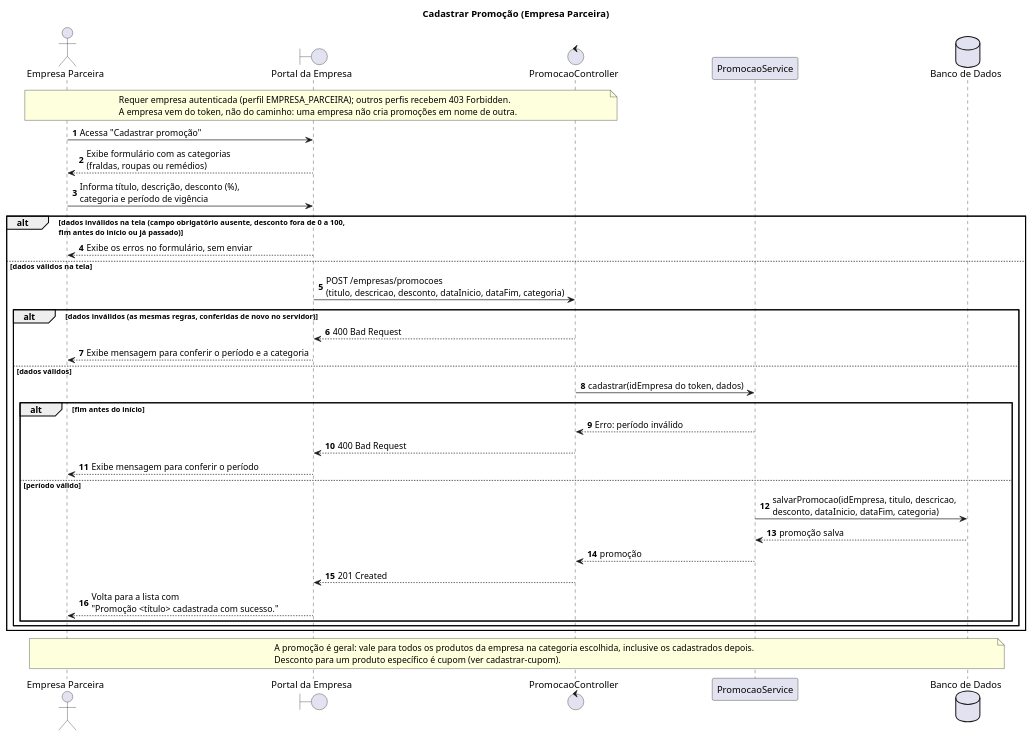
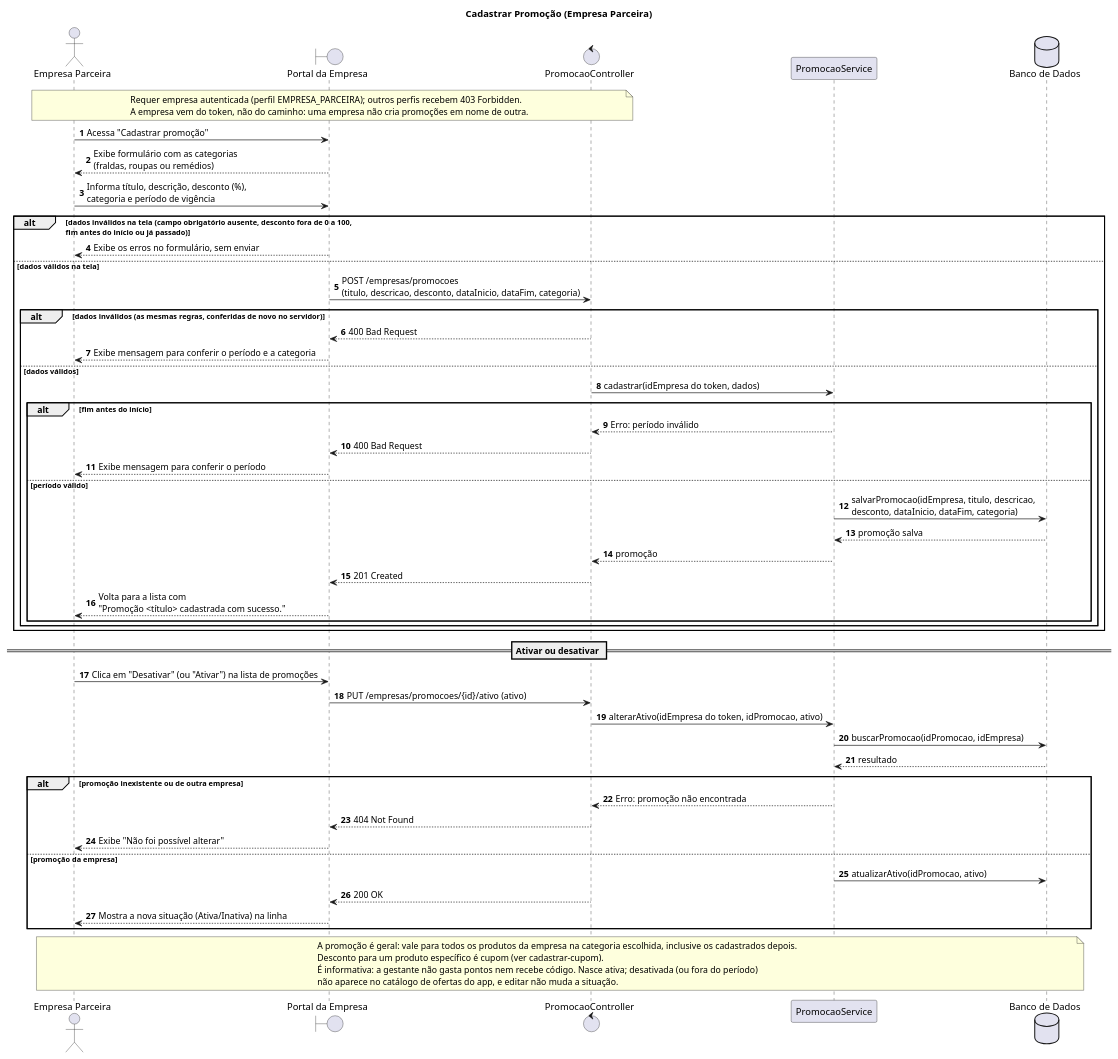
One commit to CozyShelf/previna-backend changed the diagram in docs/sequence-diagrams/cadastrar-promocao/cadastrar-promocao.puml. Above: the diagram before and after it, drawn with PlantUML. The commit also changed 11 other files, not shown here.

First line of the commit message:
feat: ativar e desativar promoção; desativada sai do catálogo de ofertas

```diff
--- a/docs/sequence-diagrams/cadastrar-promocao/cadastrar-promocao.puml
+++ b/docs/sequence-diagrams/cadastrar-promocao/cadastrar-promocao.puml
@@ -1,50 +1,70 @@
 @startuml cadastrar-promocao
 title Cadastrar Promoção (Empresa Parceira)
 autonumber
 
 actor "Empresa Parceira" as Empresa
 boundary "Portal da Empresa" as Portal
 control "PromocaoController" as Controller
 participant "PromocaoService" as Service
 database "Banco de Dados" as BD
 
 note over Empresa, Controller
     Requer empresa autenticada (perfil EMPRESA_PARCEIRA); outros perfis recebem 403 Forbidden.
     A empresa vem do token, não do caminho: uma empresa não cria promoções em nome de outra.
 end note
 
 Empresa -> Portal : Acessa "Cadastrar promoção"
 Portal --> Empresa : Exibe formulário com as categorias\n(fraldas, roupas ou remédios)
 Empresa -> Portal : Informa título, descrição, desconto (%),\ncategoria e período de vigência
 
 alt dados inválidos na tela (campo obrigatório ausente, desconto fora de 0 a 100,\nfim antes do início ou já passado)
     Portal --> Empresa : Exibe os erros no formulário, sem enviar
 else dados válidos na tela
     Portal -> Controller : POST /empresas/promocoes\n(titulo, descricao, desconto, dataInicio, dataFim, categoria)
 
     alt dados inválidos (as mesmas regras, conferidas de novo no servidor)
         Controller --> Portal : 400 Bad Request
         Portal --> Empresa : Exibe mensagem para conferir o período e a categoria
     else dados válidos
         Controller -> Service : cadastrar(idEmpresa do token, dados)
 
         alt fim antes do início
             Service --> Controller : Erro: período inválido
             Controller --> Portal : 400 Bad Request
             Portal --> Empresa : Exibe mensagem para conferir o período
         else período válido
             Service -> BD : salvarPromocao(idEmpresa, titulo, descricao,\ndesconto, dataInicio, dataFim, categoria)
             BD --> Service : promoção salva
             Service --> Controller : promoção
             Controller --> Portal : 201 Created
             Portal --> Empresa : Volta para a lista com\n"Promoção <título> cadastrada com sucesso."
         end
     end
 end
 
+== Ativar ou desativar ==
+
+Empresa -> Portal : Clica em "Desativar" (ou "Ativar") na lista de promoções
+Portal -> Controller : PUT /empresas/promocoes/{id}/ativo (ativo)
+Controller -> Service : alterarAtivo(idEmpresa do token, idPromocao, ativo)
+Service -> BD : buscarPromocao(idPromocao, idEmpresa)
+BD --> Service : resultado
+
+alt promoção inexistente ou de outra empresa
+    Service --> Controller : Erro: promoção não encontrada
+    Controller --> Portal : 404 Not Found
+    Portal --> Empresa : Exibe "Não foi possível alterar"
+else promoção da empresa
+    Service -> BD : atualizarAtivo(idPromocao, ativo)
+    Controller --> Portal : 200 OK
+    Portal --> Empresa : Mostra a nova situação (Ativa/Inativa) na linha
+end
+
 note over Empresa, BD
     A promoção é geral: vale para todos os produtos da empresa na categoria escolhida, inclusive os cadastrados depois.
     Desconto para um produto específico é cupom (ver cadastrar-cupom).
+    É informativa: a gestante não gasta pontos nem recebe código. Nasce ativa; desativada (ou fora do período)
+    não aparece no catálogo de ofertas do app, e editar não muda a situação.
 end note
 
 @enduml
```
